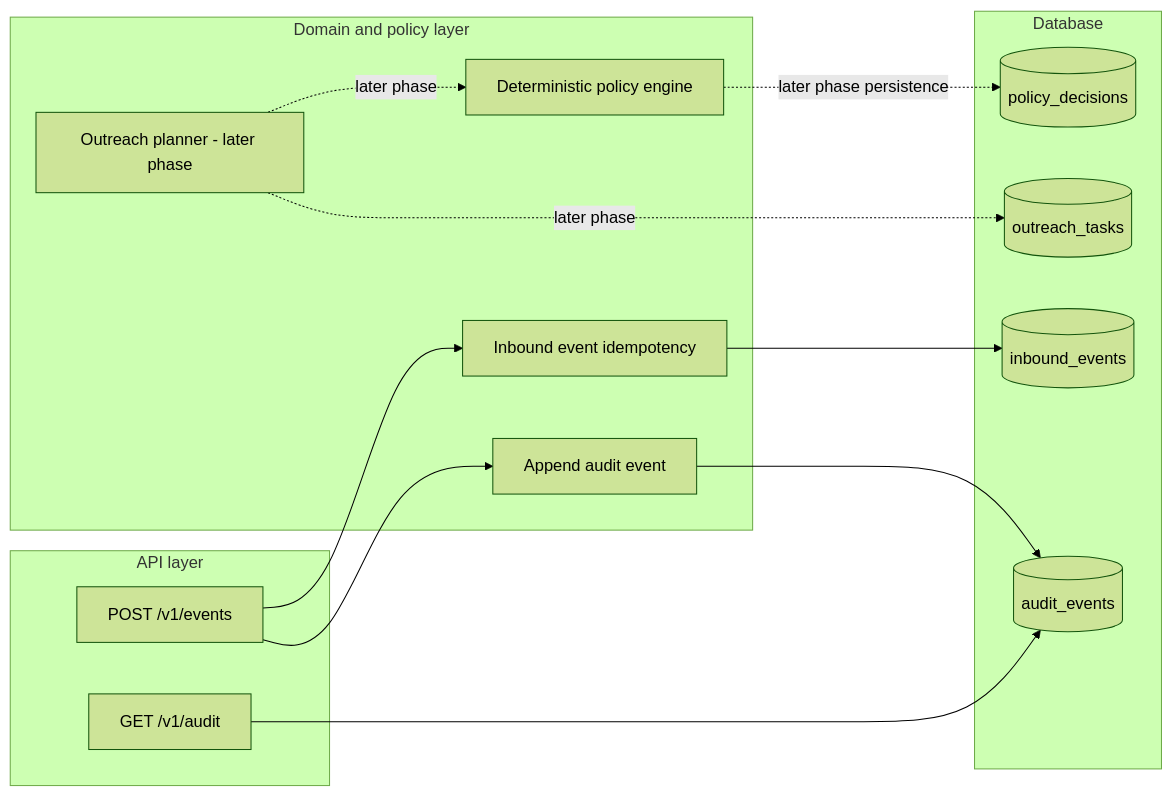
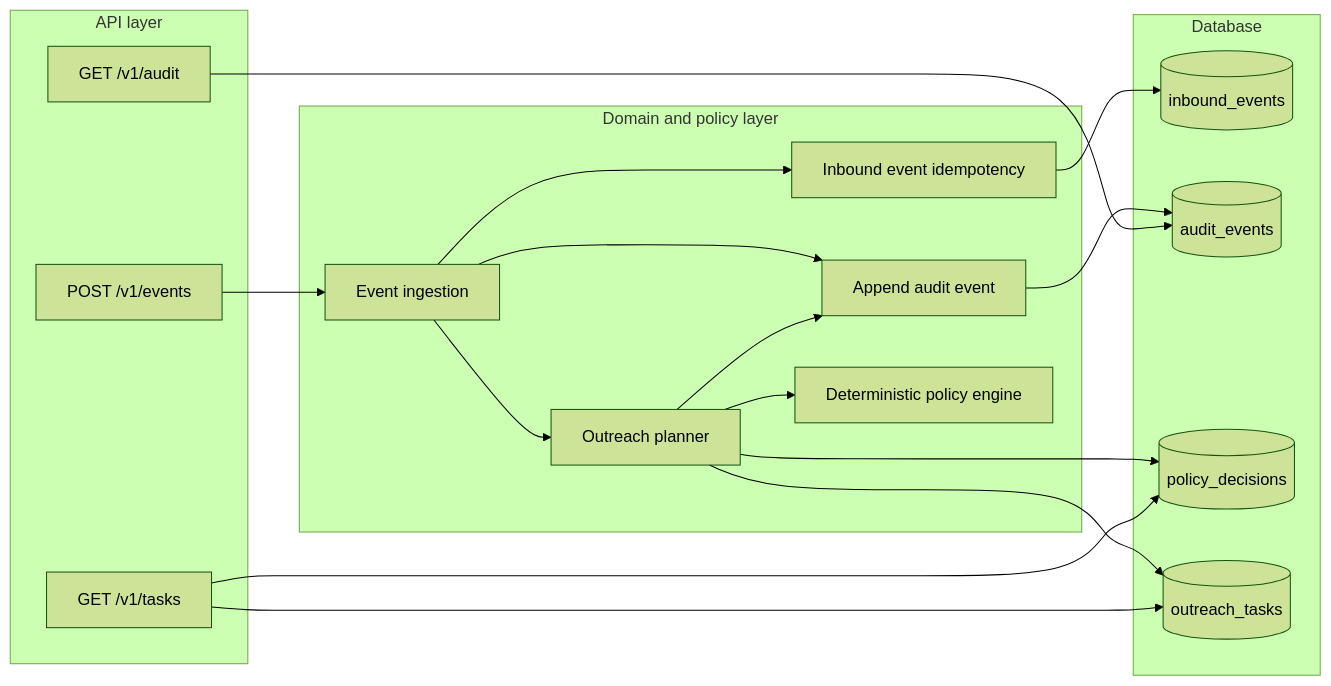
The second of 2 diagrams in docs/phase-3-policy-engine.md (rafa761/ai-compliance-orquestrator), drawn with Mermaid (forest theme) before and after one commit. The commit also changed other lines of this file and 19 other files, not shown here.

Commit message:
refactor: Removed obsolete informations. Reviewed diagrams (#11)

````diff
--- a/docs/phase-3-policy-engine.md
+++ b/docs/phase-3-policy-engine.md
@@ -96,30 +96,37 @@
 ```mermaid
 flowchart LR
     subgraph HTTP[API layer]
         Events[POST /v1/events]
         Audit[GET /v1/audit]
+        Tasks[GET /v1/tasks]
     end
 
     subgraph Domain[Domain and policy layer]
+        Ingestion[Event ingestion]
         Idempotency[Inbound event idempotency]
         AuditHelper[Append audit event]
+        Planner[Outreach planner]
         Policy[Deterministic policy engine]
-        Planner[Outreach planner - later phase]
     end
 
     subgraph Storage[Database]
         Inbound[(inbound_events)]
         AuditTable[(audit_events)]
         Decisions[(policy_decisions)]
-        Tasks[(outreach_tasks)]
+        OutreachTasks[(outreach_tasks)]
     end
 
-    Events --> Idempotency
-    Events --> AuditHelper
+    Events --> Ingestion
+    Ingestion --> Idempotency
+    Ingestion --> Planner
+    Ingestion --> AuditHelper
     Idempotency --> Inbound
+    Planner --> Policy
+    Planner --> Decisions
+    Planner --> OutreachTasks
+    Planner --> AuditHelper
     AuditHelper --> AuditTable
-    Planner -. later phase .-> Policy
-    Policy -. later phase persistence .-> Decisions
-    Planner -. later phase .-> Tasks
     Audit --> AuditTable
+    Tasks --> OutreachTasks
+    Tasks --> Decisions
 ```
````
